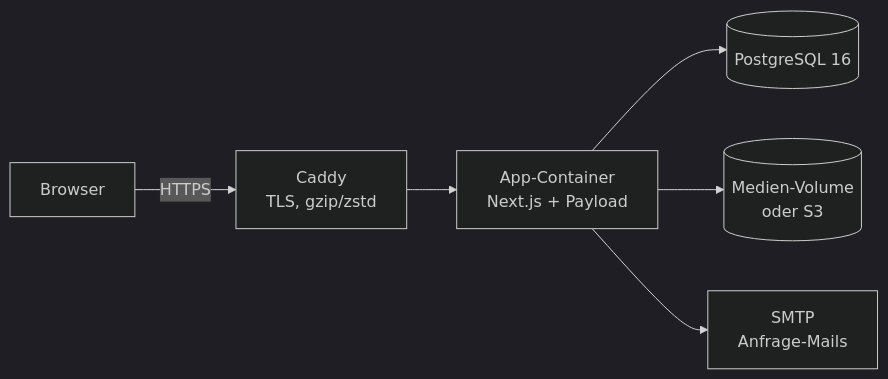
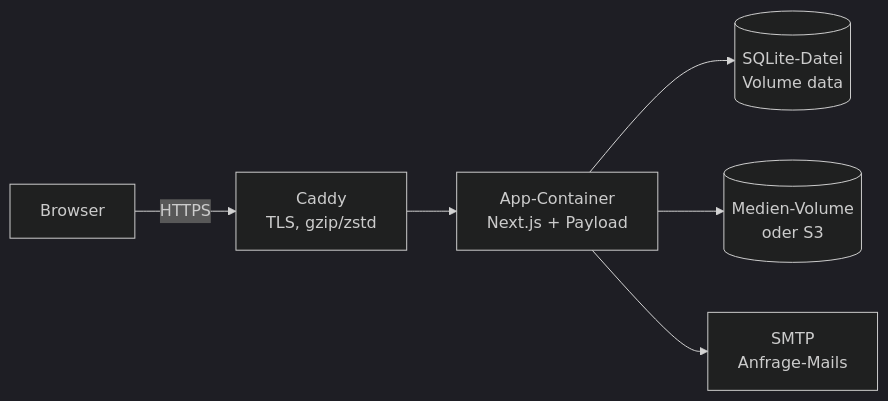
Before and after one commit to geckoflow/MTE: the diagram in docs/betrieb/betriebshandbuch.md, drawn with Mermaid (dark theme). The commit also changed other lines of this file and 18 other files, not shown here.

First line of the commit message:
Datenbank von PostgreSQL auf lokale SQLite-Datei umgestellt

````diff
--- a/docs/betrieb/betriebshandbuch.md
+++ b/docs/betrieb/betriebshandbuch.md
@@ -5,8 +5,8 @@
 ```mermaid
 flowchart LR
   B[Browser] -->|HTTPS| C[Caddy<br/>TLS, gzip/zstd]
   C --> A[App-Container<br/>Next.js + Payload]
-  A --> P[(PostgreSQL 16)]
+  A --> P[(SQLite-Datei<br/>Volume data)]
   A --> M[(Medien-Volume<br/>oder S3)]
   A --> S[SMTP<br/>Anfrage-Mails]
 ```
````
